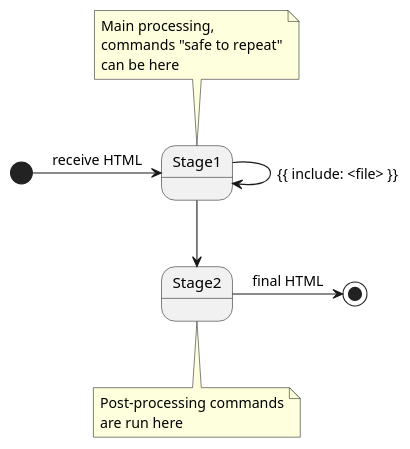
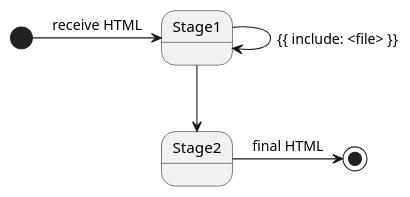
One commit to rbsoen/docitool changed the diagram in uml/state.puml. Above: the diagram before and after it, drawn with PlantUML. The commit also changed 5 other files, not shown here.

```diff
--- a/uml/state.puml
+++ b/uml/state.puml
@@ -1,21 +1,10 @@
 @startuml
 
 top to bottom direction
 
 [*] -> Stage1 : receive HTML
 Stage1 -> Stage1 : {{ include: <file> }}
 Stage1 -d-> Stage2
 Stage2 -> [*]: final HTML
 
-note top of Stage1
-	Main processing,
-	commands "safe to repeat"
-	can be here
-end note
-
-note bottom of Stage2
-	Post-processing commands
-	are run here
-end note
-
 @enduml
```
